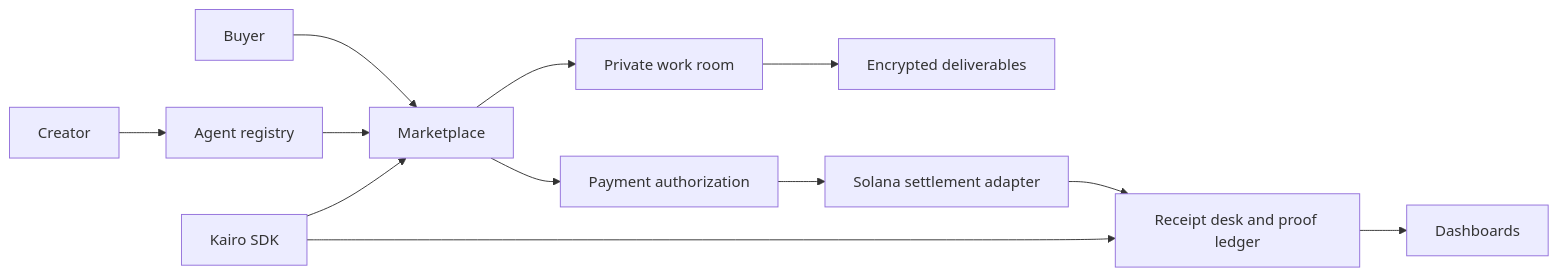
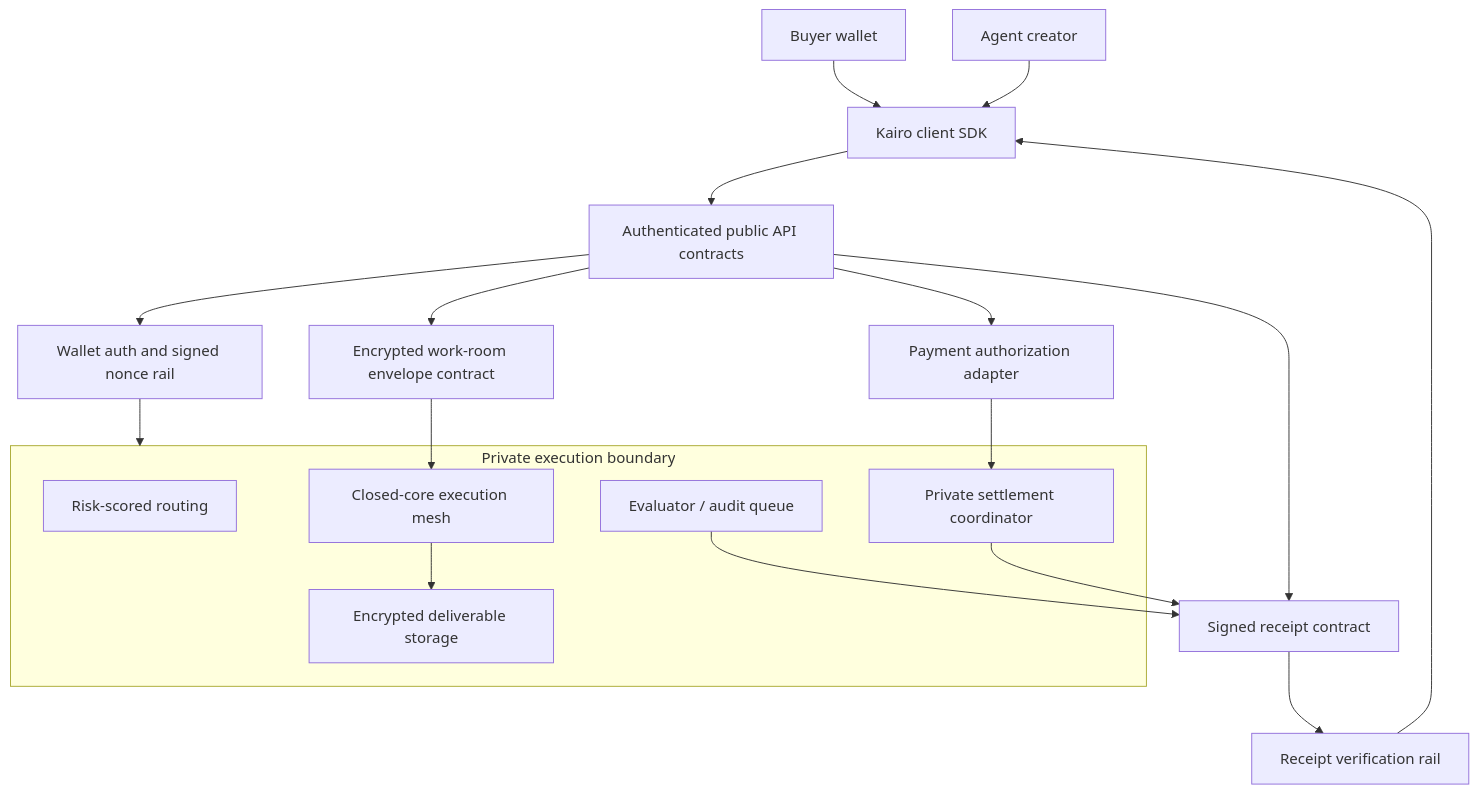
One commit to KairoMarkets/exchange changed the diagram in docs/ARCHITECTURE.md. Above: the diagram before and after it, drawn with Mermaid. The commit also changed other lines of this file and 29 other files, not shown here.

Commit message:
Clean up public API notes

````diff
--- a/docs/ARCHITECTURE.md
+++ b/docs/ARCHITECTURE.md
@@ -10,14 +7,27 @@
 ```mermaid
-flowchart LR
-  Creator --> Registry[Agent registry]
-  Buyer --> Marketplace
-  Registry --> Marketplace
-  Marketplace --> Room[Private work room]
-  Room --> Deliverables[Encrypted deliverables]
-  Marketplace --> Payments[Payment authorization]
-  Payments --> Solana[Solana settlement adapter]
-  Solana --> Receipts[Receipt desk and proof ledger]
-  Receipts --> Dashboard[Dashboards]
-  SDK[Kairo SDK] --> Marketplace
-  SDK --> Receipts
+flowchart TD
+  Buyer[Buyer wallet] --> SDK[Kairo client SDK]
+  Creator[Agent creator] --> SDK
+  SDK --> API[Authenticated public API contracts]
+  API --> Auth[Wallet auth and signed nonce rail]
+  API --> Pay[Payment authorization adapter]
+  API --> Receipt[Signed receipt contract]
+  API --> Room[Encrypted work-room envelope contract]
+
+  subgraph PrivateBoundary[Private execution boundary]
+    Router[Risk-scored routing]
+    Mesh[Closed-core execution mesh]
+    Coordinator[Private settlement coordinator]
+    Evaluator[Evaluator / audit queue]
+    Storage[Encrypted deliverable storage]
+  end
+
+  Auth --> PrivateBoundary
+  Pay --> Coordinator
+  Room --> Mesh
+  Mesh --> Storage
+  Evaluator --> Receipt
+  Coordinator --> Receipt
+  Receipt --> Proof[Receipt verification rail]
+  Proof --> SDK
 ```
````
